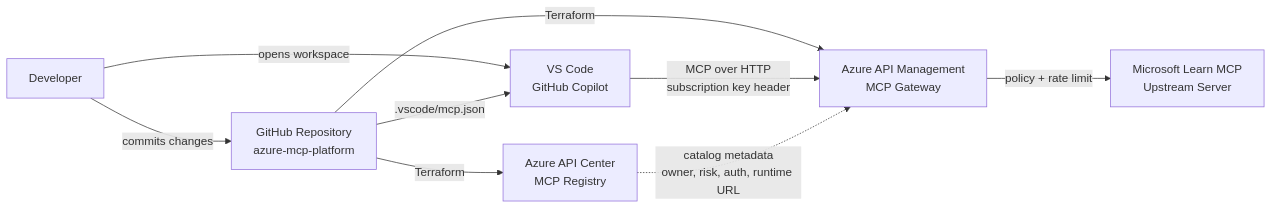
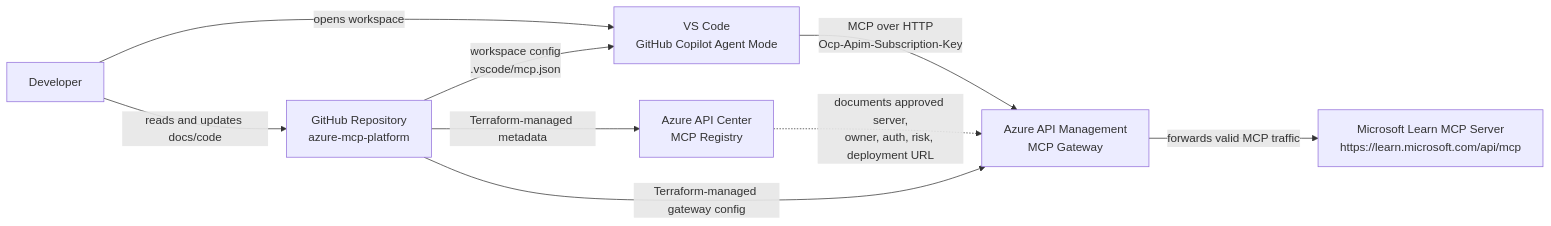
The first of 4 diagrams in README.md (KareemKuenne/azure-mcp-platform), drawn with Mermaid before and after one commit. The commit also changed other lines of this file and 4 other files, not shown here.

````diff
--- a/README.md
+++ b/README.md
@@ -61,19 +101,20 @@
 ```mermaid
 flowchart LR
-  developer[Developer]
-  vscode[VS Code<br/>GitHub Copilot]
+  user[Developer]
+  vscode[VS Code<br/>GitHub Copilot Agent Mode]
   repo[GitHub Repository<br/>azure-mcp-platform]
   apic[Azure API Center<br/>MCP Registry]
   apim[Azure API Management<br/>MCP Gateway]
-  learn[Microsoft Learn MCP<br/>Upstream Server]
+  learn[Microsoft Learn MCP Server<br/>https://learn.microsoft.com/api/mcp]
 
-  developer -->|opens workspace| vscode
-  developer -->|commits changes| repo
-  repo -->|Terraform| apic
-  repo -->|Terraform| apim
-  repo -->|.vscode/mcp.json| vscode
+  user -->|opens workspace| vscode
+  user -->|reads and updates docs/code| repo
+  repo -->|workspace config<br/>.vscode/mcp.json| vscode
+  repo -->|Terraform-managed metadata| apic
+  repo -->|Terraform-managed gateway config| apim
 
-  vscode -->|MCP over HTTP<br/>subscription key header| apim
-  apim -->|policy + rate limit| learn
-  apic -.->|catalog metadata<br/>owner, risk, auth, runtime URL| apim
+  vscode -->|MCP over HTTP<br/>Ocp-Apim-Subscription-Key| apim
+  apim -->|forwards valid MCP traffic| learn
+
+  apic -.->|documents approved server,<br/>owner, auth, risk, deployment URL| apim
 ```
````
